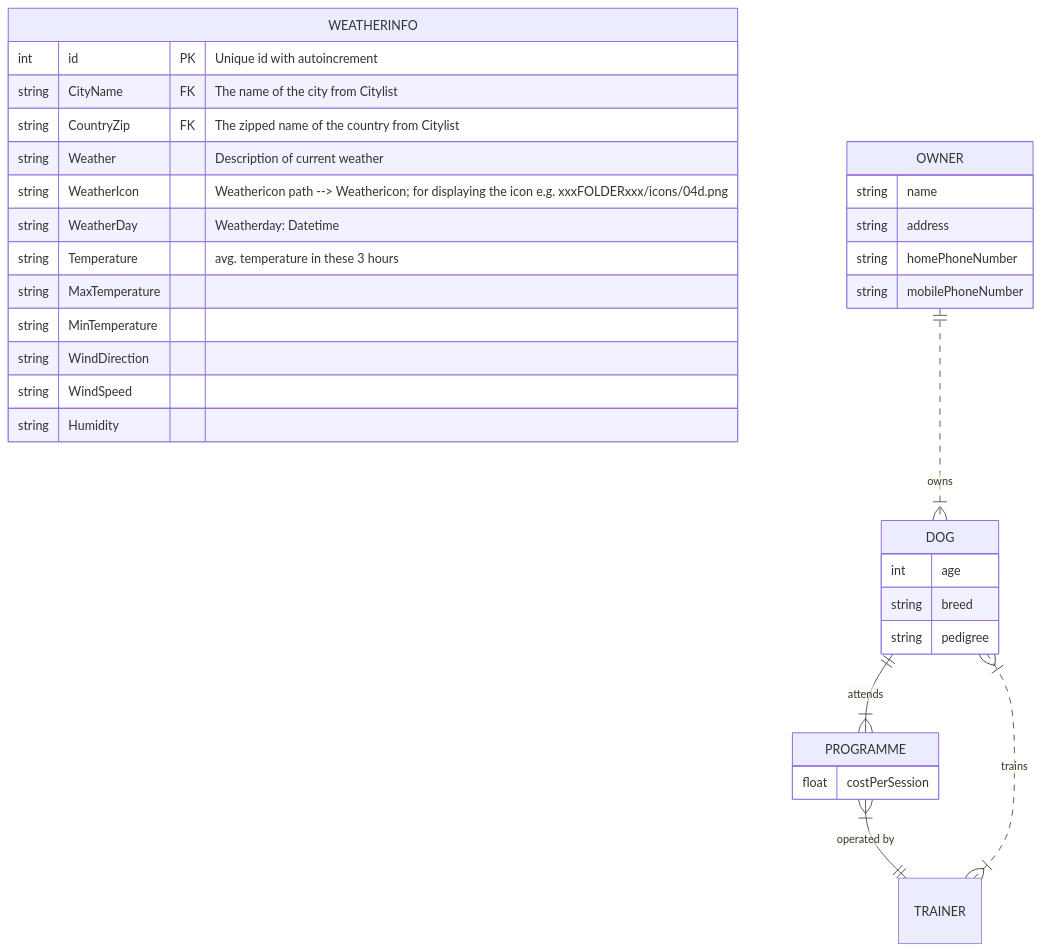
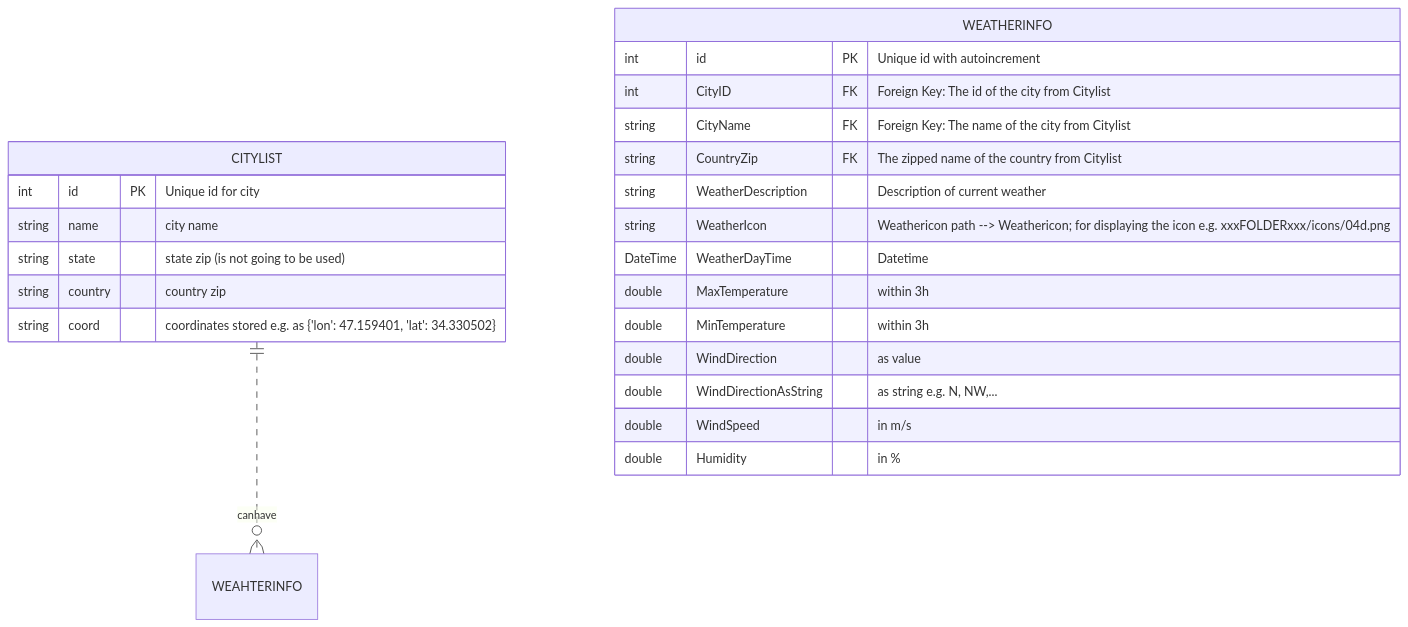
Before and after one commit to botchGNU/weather-widget: the first of 2 diagrams in Documentation/ERDiagramms.md, drawn with Mermaid. The commit also changed other lines of this file and 1 other file, not shown here.

Commit message:
Diagrammes
ER-Diagram,
Class-Diagrams

````diff
--- a/Documentation/ERDiagramms.md
+++ b/Documentation/ERDiagramms.md
@@ -1,35 +4,26 @@
 ```mermaid
  erDiagram
+ 	   CITYLIST ||..o{ WEAHTERINFO : canhave
+ 	   CITYLIST{
+ 	   int id PK "Unique id for city"
+ 	   string name "city name"
+ 	   string state "state zip (is not going to be used)"
+ 	   string country "country zip"
+ 	   string coord "coordinates stored e.g. as {'lon': 47.159401, 'lat': 34.330502}"
+ 	   }
        WEATHERINFO { 
        		int id PK "Unique id with autoincrement"
-       		string CityName FK "The name of the city from Citylist"
+       		int CityID FK "Foreign Key: The id of the city from Citylist"
+       		string CityName FK "Foreign Key: The name of the city from Citylist"
             string CountryZip FK "The zipped name of the country from Citylist"
-            string Weather "Description of current weather"
+            string WeatherDescription "Description of current weather"
             string WeatherIcon "Weathericon path --> Weathericon; for displaying the icon e.g. xxxFOLDERxxx/icons/04d.png"
-            string WeatherDay "Weatherday: Datetime"
-            string Temperature "avg. temperature in these 3 hours"
-            string MaxTemperature ""
-            string MinTemperature
-            string WindDirection
-            string WindSpeed
-            string Humidity      		
-       }
-       DOG {
-         int age
-         string breed
-         string pedigree
-       }
-       OWNER ||..|{ DOG : owns
-       OWNER {
-         string name
-         string address
-         string homePhoneNumber
-         string mobilePhoneNumber
-       }
-       TRAINER }|..|{ DOG : trains
-       PROGRAMME }|--|| TRAINER : "operated by"
-       DOG ||--|{ PROGRAMME : attends
-       PROGRAMME {
-         float costPerSession
+            DateTime WeatherDayTime "Datetime"
+            double MaxTemperature "within 3h"
+            double MinTemperature "within 3h"
+            double WindDirection "as value"
+            double WindDirectionAsString "as string e.g. N, NW,..."
+            double WindSpeed "in m/s"
+            double Humidity "in %"       		
        }
 ```
````
